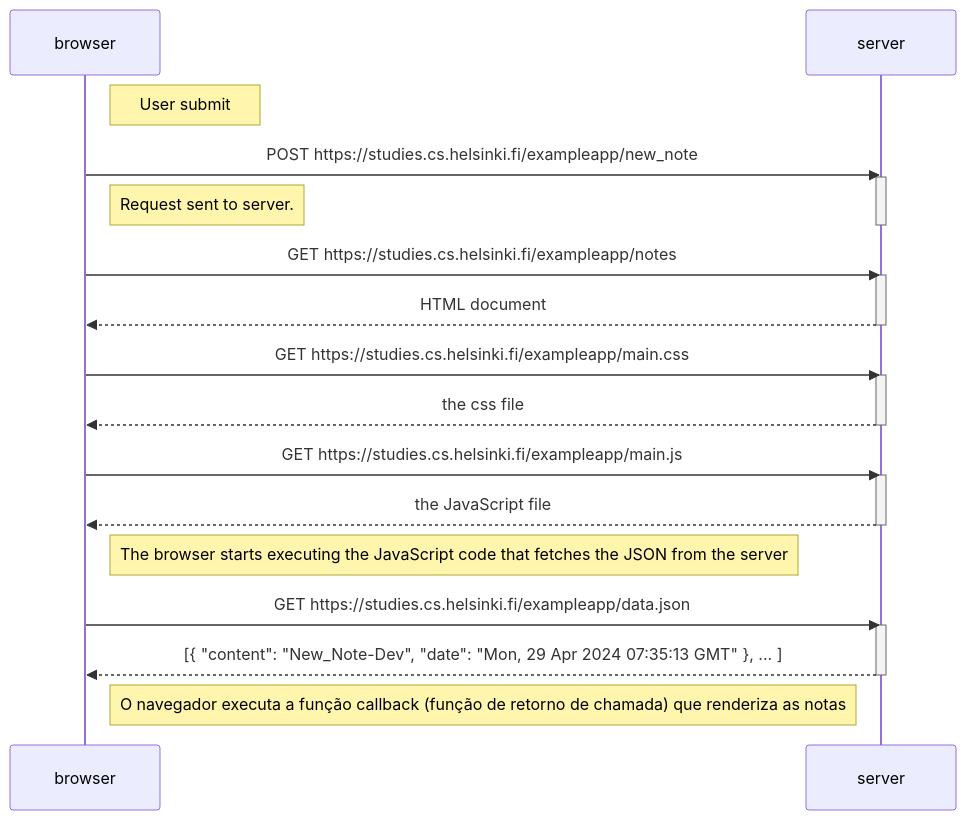
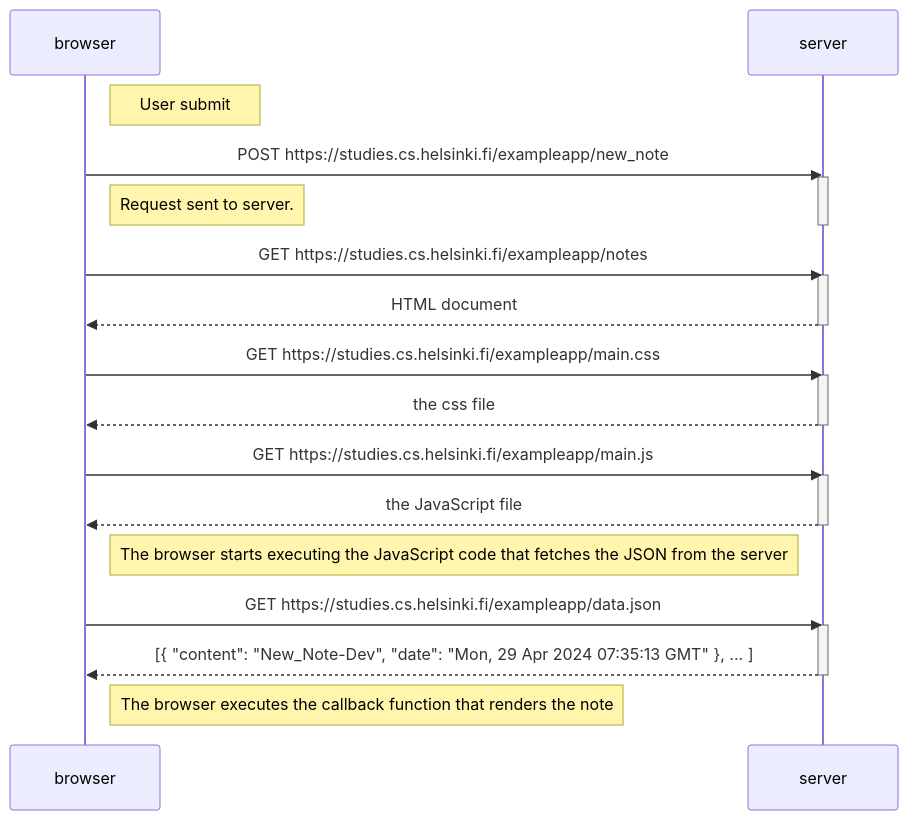
Before and after one commit to patinen/fullstackopen: the diagram in part0/04.md, drawn with Mermaid.

````diff
--- a/part0/04.md
+++ b/part0/04.md
@@ -1,35 +1,41 @@
 ```mermaid
     sequenceDiagram
 
       participant browser
 
       participant server
 
             Note right of browser: User submit
             browser->>server: POST https://studies.cs.helsinki.fi/exampleapp/new_note
             activate server 
             Note right of browser: Request sent to server.            
             deactivate server
                 
             browser->>server: GET https://studies.cs.helsinki.fi/exampleapp/notes
             activate server
             server-->>browser: HTML document
             deactivate server
     
             browser->>server: GET https://studies.cs.helsinki.fi/exampleapp/main.css
             activate server
             server-->>browser: the css file
             deactivate server
     
             browser->>server: GET https://studies.cs.helsinki.fi/exampleapp/main.js
             activate server
             server-->>browser: the JavaScript file
             deactivate server
     
             Note right of browser: The browser starts executing the JavaScript code that fetches the JSON from the server 
             browser->>server: GET https://studies.cs.helsinki.fi/exampleapp/data.json
             activate server
             server-->>browser: [{  "content": "New_Note-Dev", "date": "Mon, 29 Apr 2024 07:35:13 GMT" }, ... ]
             deactivate server
-            Note right of browser: O navegador executa a função callback (função de retorno de chamada) que renderiza as notas
+            Note right of browser: The browser executes the callback function that renders the note
+
+
+
+
+
+
 ```
````
